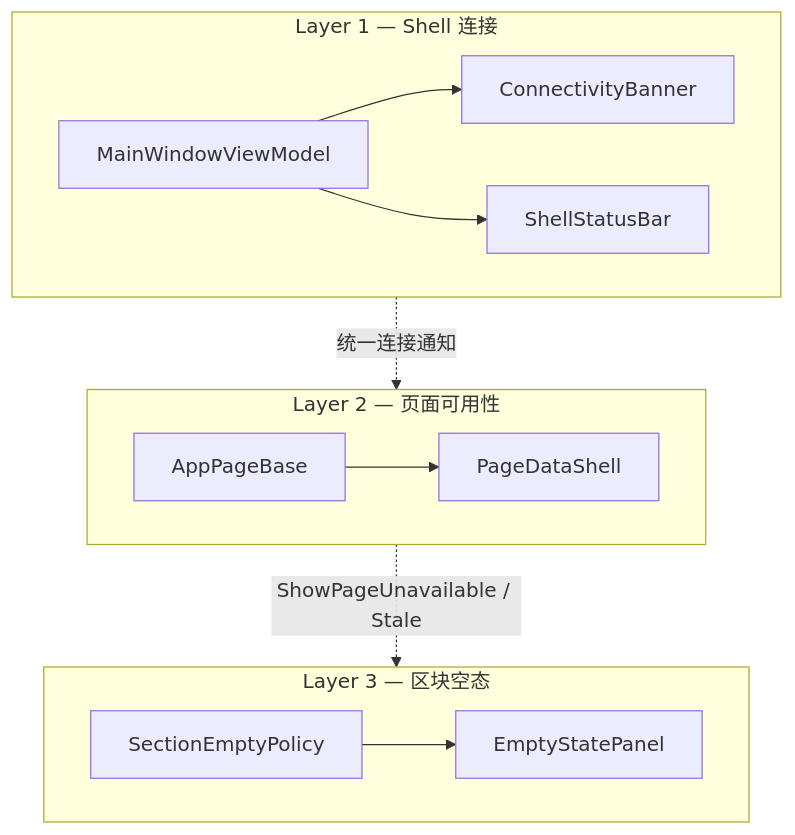
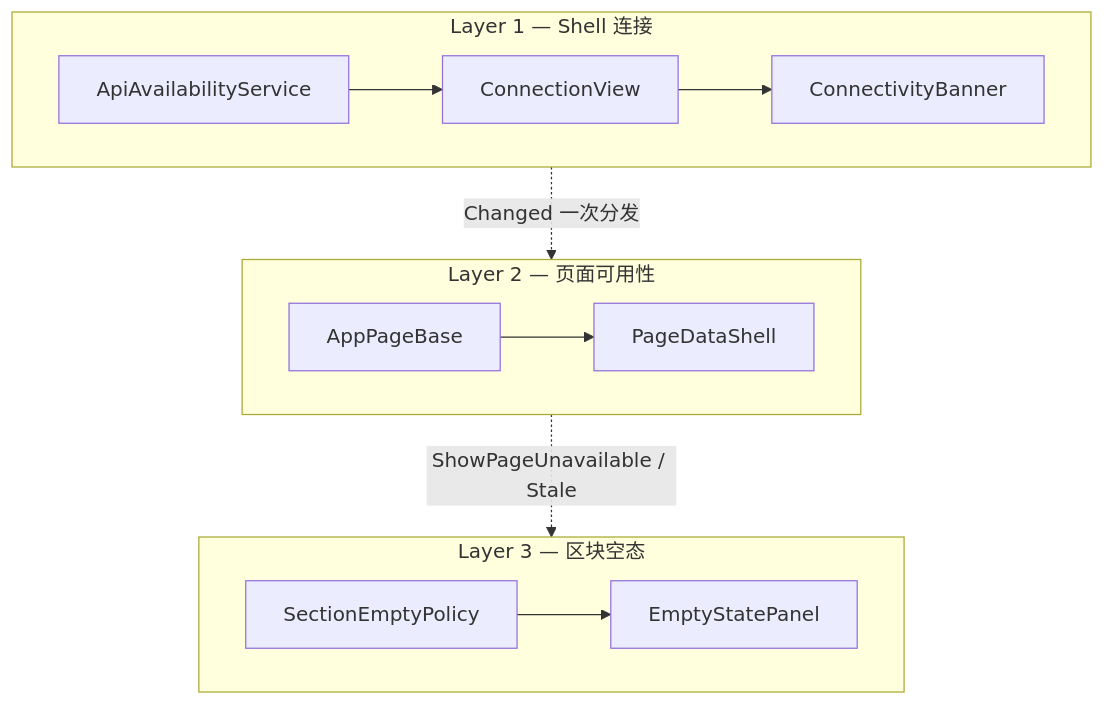
Before and after one commit to pacmandoh/pactoolkits: the diagram in docs/architecture/desktop-state.md, drawn with Mermaid. The commit also changed other lines of this file and 8 other files, not shown here.

Commit message:
docs: document MSFX PacApi routes and Desktop `ConnectionView`

````diff
--- a/docs/architecture/desktop-state.md
+++ b/docs/architecture/desktop-state.md
@@ -9,25 +9,24 @@
 ```mermaid
 flowchart TB
   subgraph L1["Layer 1 — Shell 连接"]
-    MW["MainWindowViewModel"]
+    Probe["ApiAvailabilityService"]
+    Conn["ConnectionView"]
     Banner["ConnectivityBanner"]
-    Status["ShellStatusBar"]
-    MW --> Banner
-    MW --> Status
+    Probe --> Conn --> Banner
   end
 
   subgraph L2["Layer 2 — 页面可用性"]
     Base["AppPageBase"]
     Shell["PageDataShell"]
     Base --> Shell
   end
 
   subgraph L3["Layer 3 — 区块空态"]
     Empty["EmptyStatePanel"]
     Policy["SectionEmptyPolicy"]
     Policy --> Empty
   end
 
-  L1 -.->|统一连接通知| L2
+  L1 -.->|Changed 一次分发| L2
   L2 -.->|ShowPageUnavailable / Stale| L3
 ```
````
